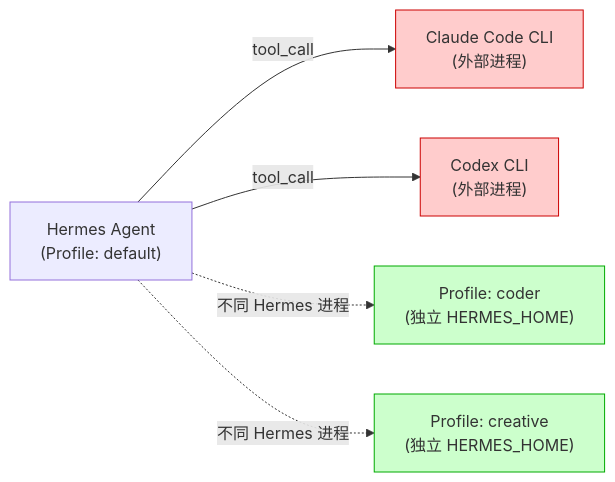
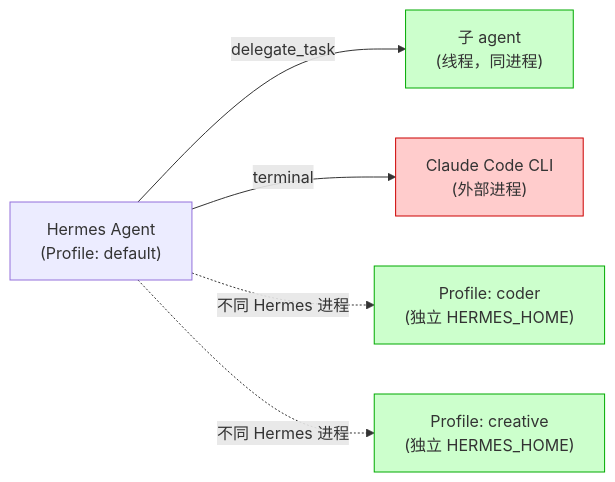
Before and after one commit to zzyong24/hermes-openclaw-book: the first of 4 diagrams in 第3章-SubAgent对比.md, drawn with Mermaid. The commit also changed other lines of this file and 6 other files, not shown here.

Commit message:
修复 mermaid 图表：flowchart 改为 graph 兼容 11.x

````diff
--- a/第3章-SubAgent对比.md
+++ b/第3章-SubAgent对比.md
@@ -47,13 +118,13 @@
 ```mermaid
-flowchart LR
-    A["Hermes Agent<br>(Profile: default)"] -->|tool_call| B["Claude Code CLI<br>(外部进程)"]
-    A -->|tool_call| C["Codex CLI<br>(外部进程)"]
+graph LR
+    A["Hermes Agent<br/>(Profile: default)"] -->|delegate_task| B["子 agent<br/>(线程，同进程)"]
+    A -->|terminal| C["Claude Code CLI<br/>(外部进程)"]
 
-    A -.->|不同 Hermes 进程| D["Profile: coder<br>(独立 HERMES_HOME)"]
-    A -.->|不同 Hermes 进程| E["Profile: creative<br>(独立 HERMES_HOME)"]
+    A -.->|不同 Hermes 进程| D["Profile: coder<br/>(独立 HERMES_HOME)"]
+    A -.->|不同 Hermes 进程| E["Profile: creative<br/>(独立 HERMES_HOME)"]
 
-    style B fill:#ffcccc,stroke:#cc0000
+    style B fill:#ccffcc,stroke:#00aa00
     style C fill:#ffcccc,stroke:#cc0000
     style D fill:#ccffcc,stroke:#00aa00
     style E fill:#ccffcc,stroke:#00aa00
 ```
````
